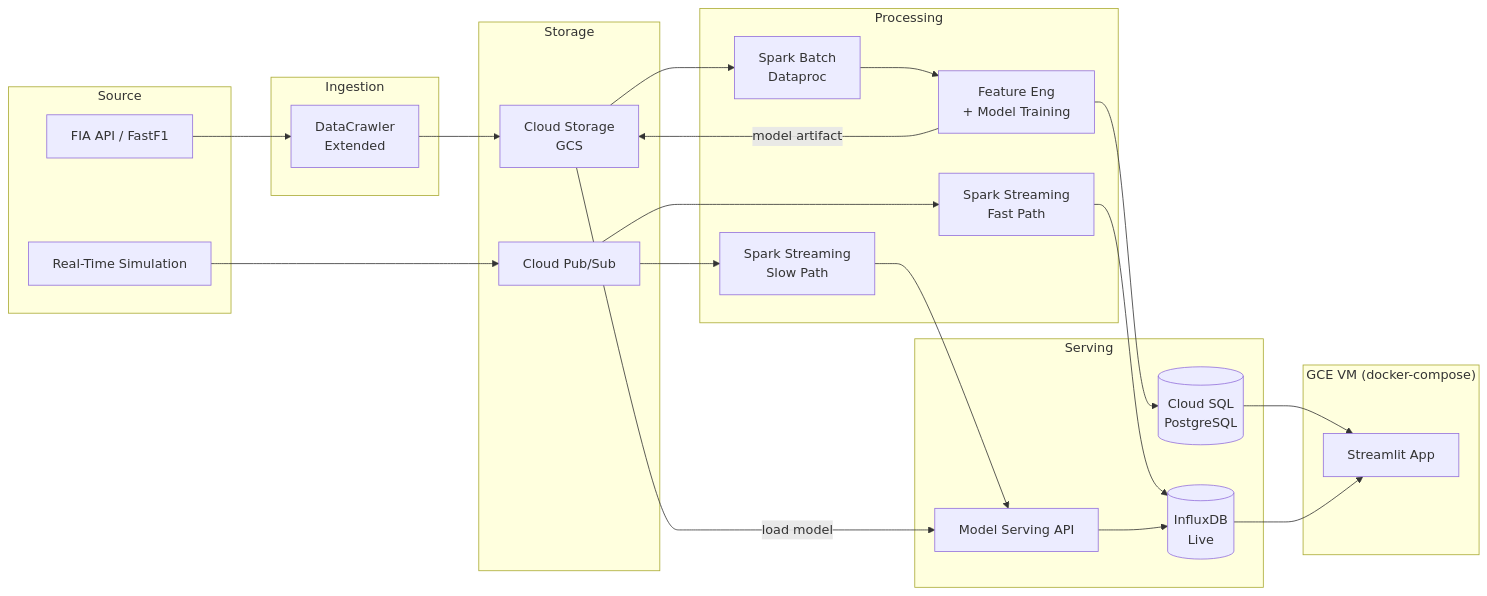
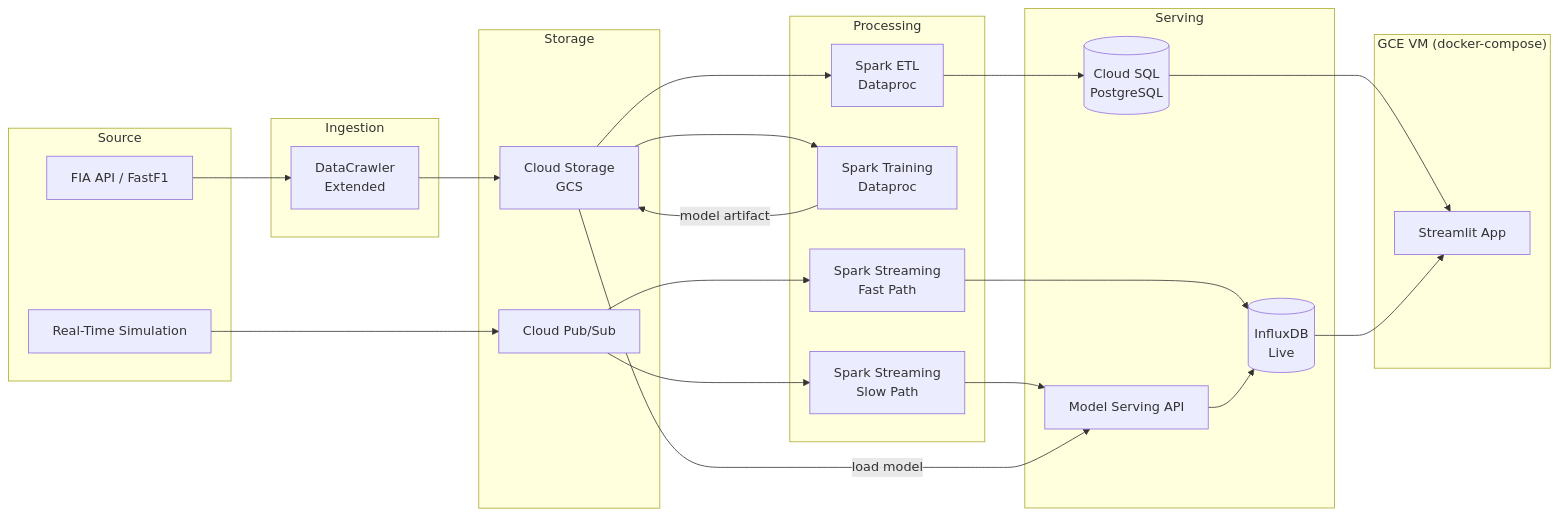
Before and after one commit to nmk-k66-uet/F1-Chubby-Data: the first of 11 diagrams in revised_plan.md, drawn with Mermaid. The commit also changed other lines of this file and 2 other files, not shown here.

````diff
--- a/revised_plan.md
+++ b/revised_plan.md
@@ -15,50 +15,49 @@
 ```mermaid
 flowchart LR
     subgraph Source
         FIA[FIA API / FastF1]
         SIM[Real-Time Simulation]
     end
 
     subgraph Ingestion
         DC[DataCrawler<br/>Extended]
     end
 
     subgraph Storage
         GCS[Cloud Storage<br/>GCS]
         PUBSUB[Cloud Pub/Sub]
     end
 
     subgraph Processing
-        SPARKB[Spark Batch<br/>Dataproc]
-        FE[Feature Eng<br/>+ Model Training]
+        SPARK_ETL[Spark ETL<br/>Dataproc]
+        SPARK_TRAIN[Spark Training<br/>Dataproc]
         FAST[Spark Streaming<br/>Fast Path]
         SLOW[Spark Streaming<br/>Slow Path]
     end
 
     subgraph Serving
         PG[(Cloud SQL<br/>PostgreSQL)]
         INFLUX[(InfluxDB<br/>Live)]
         MLAPI[Model Serving API]
     end
 
     subgraph "GCE VM (docker-compose)"
         INFLUX
         MLAPI
         UI[Streamlit App]
     end
 
     FIA --> DC --> GCS
     SIM --> PUBSUB
 
-    GCS --> SPARKB --> FE
-    FE --> PG
-    FE -->|model artifact| GCS
+    GCS --> SPARK_ETL --> PG
+    GCS --> SPARK_TRAIN -->|model artifact| GCS
 
     PUBSUB --> FAST --> INFLUX
     PUBSUB --> SLOW --> MLAPI --> INFLUX
 
     GCS -->|load model| MLAPI
 
     PG --> UI
     INFLUX --> UI
 ```
````
